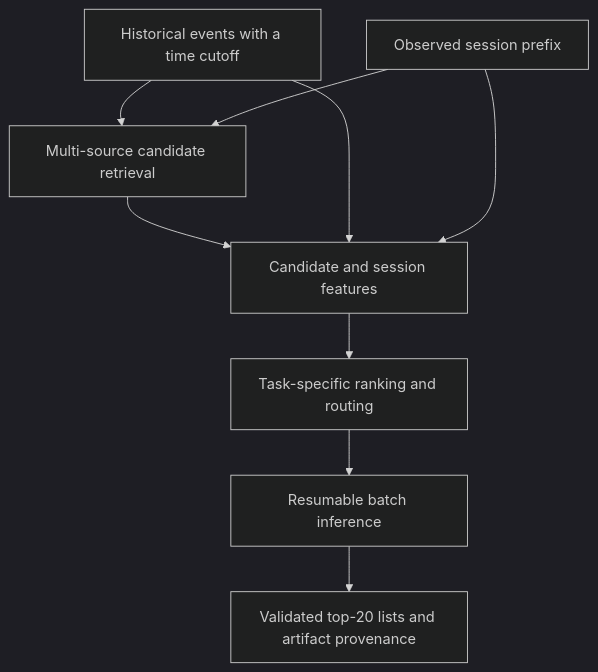
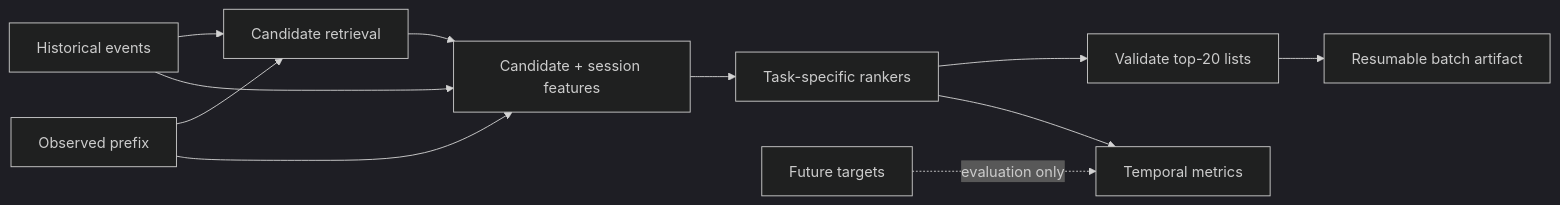
Before and after one commit to alvaromendizabal/otto-recommender-system: the diagram in README.md, drawn with Mermaid (dark theme). The commit also changed other lines of this file and 12 other files, not shown here.

````diff
--- a/README.md
+++ b/README.md
@@ -34,11 +68,13 @@
-~~~mermaid
-flowchart TD
-    H["Historical events with a time cutoff"] --> C["Multi-source candidate retrieval"]
-    P["Observed session prefix"] --> C
-    C --> F["Candidate and session features"]
+```mermaid
+flowchart LR
+    H[Historical events] --> C[Candidate retrieval]
+    P[Observed prefix] --> C
+    C --> F[Candidate + session features]
     H --> F
     P --> F
-    F --> R["Task-specific ranking and routing"]
-    R --> B["Resumable batch inference"]
-    B --> V["Validated top-20 lists and artifact provenance"]
-~~~
+    F --> R[Task-specific rankers]
+    R --> V[Validate top-20 lists]
+    V --> B[Resumable batch artifact]
+    T[Future targets] -. evaluation only .-> E[Temporal metrics]
+    R --> E
+```
````
